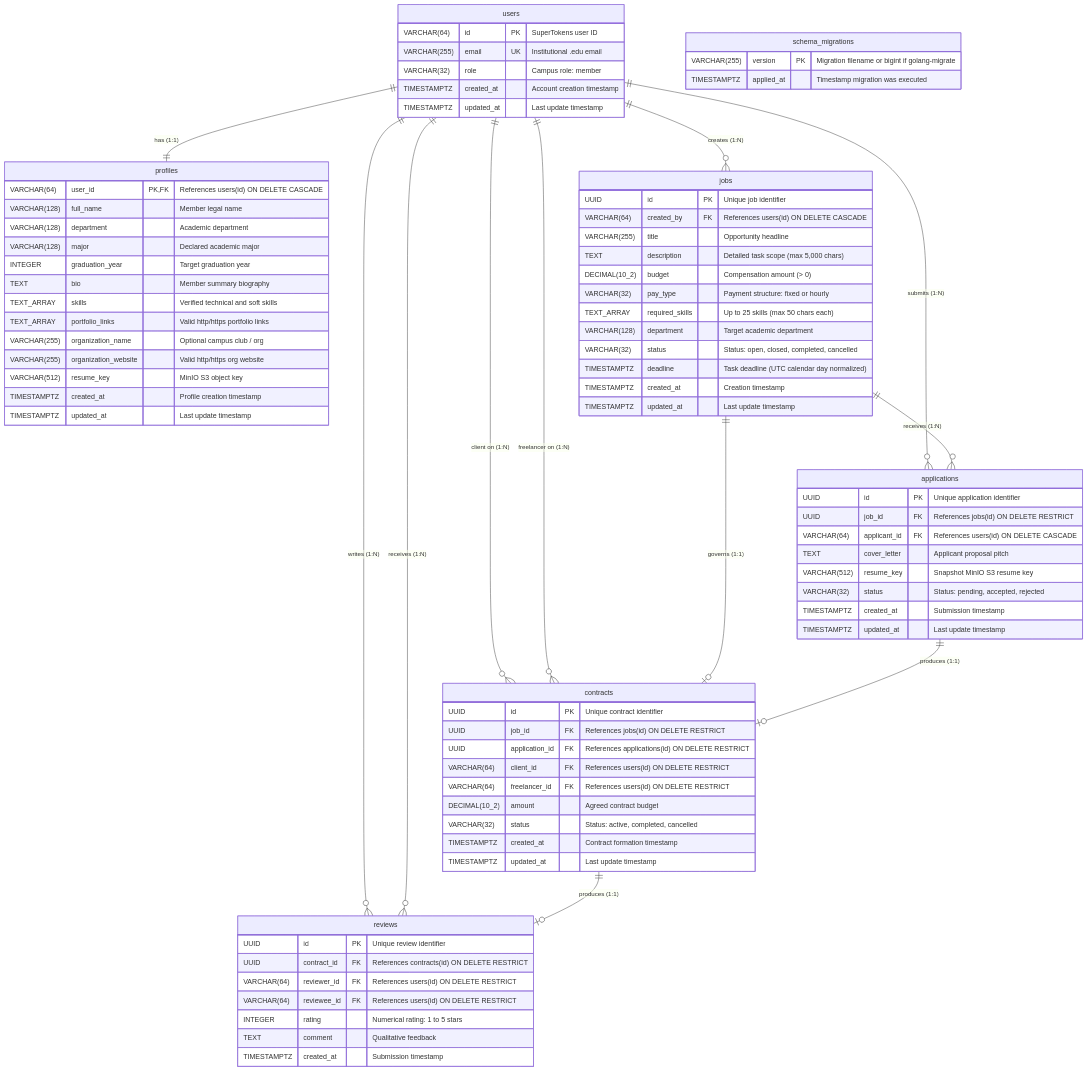
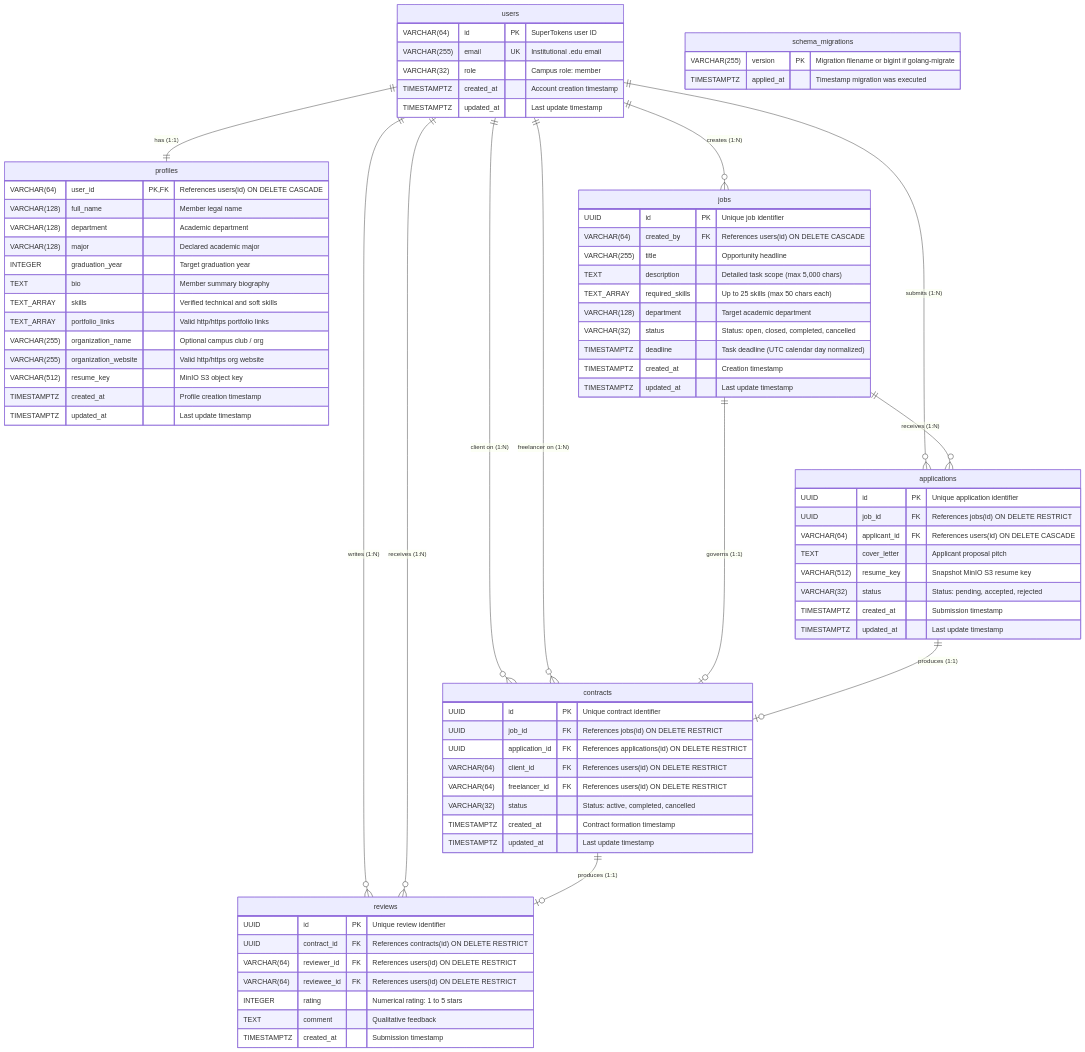
The first of 2 diagrams in docs/architecture/database-schema-erd.md (BIJJUDAMA/Lynk), drawn with Mermaid before and after one commit. The commit also changed other lines of this file and 43 other files, not shown here.

```diff
--- a/docs/architecture/database-schema-erd.md
+++ b/docs/architecture/database-schema-erd.md
@@ -56,8 +56,6 @@
         VARCHAR(64) created_by FK "References users(id) ON DELETE CASCADE"
         VARCHAR(255) title "Opportunity headline"
         TEXT description "Detailed task scope (max 5,000 chars)"
-        DECIMAL(10_2) budget "Compensation amount (> 0)"
-        VARCHAR(32) pay_type "Payment structure: fixed or hourly"
         TEXT_ARRAY required_skills "Up to 25 skills (max 50 chars each)"
         VARCHAR(128) department "Target academic department"
         VARCHAR(32) status "Status: open, closed, completed, cancelled"
@@ -83,7 +81,6 @@
         UUID application_id FK "References applications(id) ON DELETE RESTRICT"
         VARCHAR(64) client_id FK "References users(id) ON DELETE RESTRICT"
         VARCHAR(64) freelancer_id FK "References users(id) ON DELETE RESTRICT"
-        DECIMAL(10_2) amount "Agreed contract budget"
         VARCHAR(32) status "Status: active, completed, cancelled"
         TIMESTAMPTZ created_at "Contract formation timestamp"
         TIMESTAMPTZ updated_at "Last update timestamp"
```
